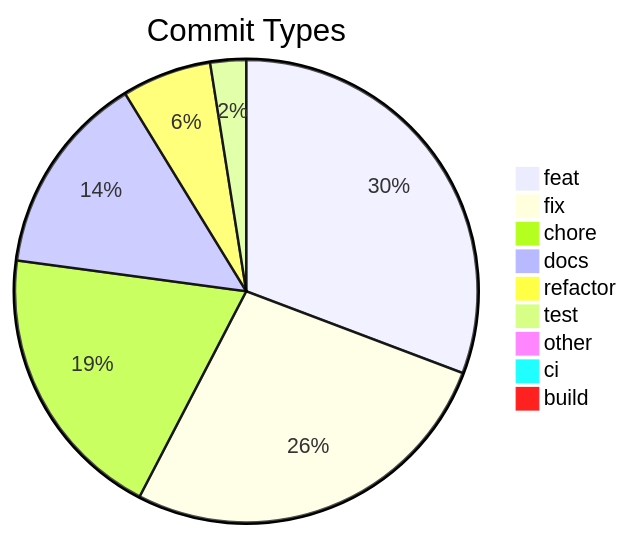
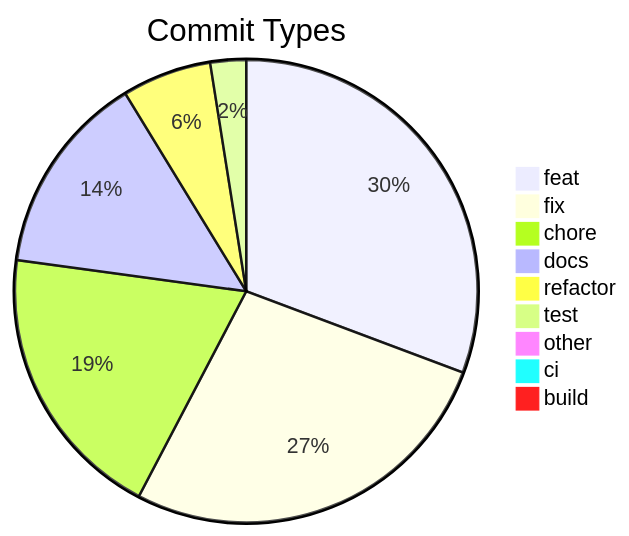
One commit to svenroth-ai/shipwright changed the diagram in .shipwright/compliance/change-history.md. Above: the diagram before and after it, drawn with Mermaid. The commit also changed other lines of this file and 19 other files, not shown here.

````diff
--- a/.shipwright/compliance/change-history.md
+++ b/.shipwright/compliance/change-history.md
@@ -8,12 +8,12 @@
 ```mermaid
 pie title Commit Types
     "feat" : 246
-    "fix" : 215
+    "fix" : 216
     "chore" : 156
     "docs" : 113
     "refactor" : 50
     "test" : 20
     "other" : 7
     "ci" : 4
     "build" : 1
 ```
````
